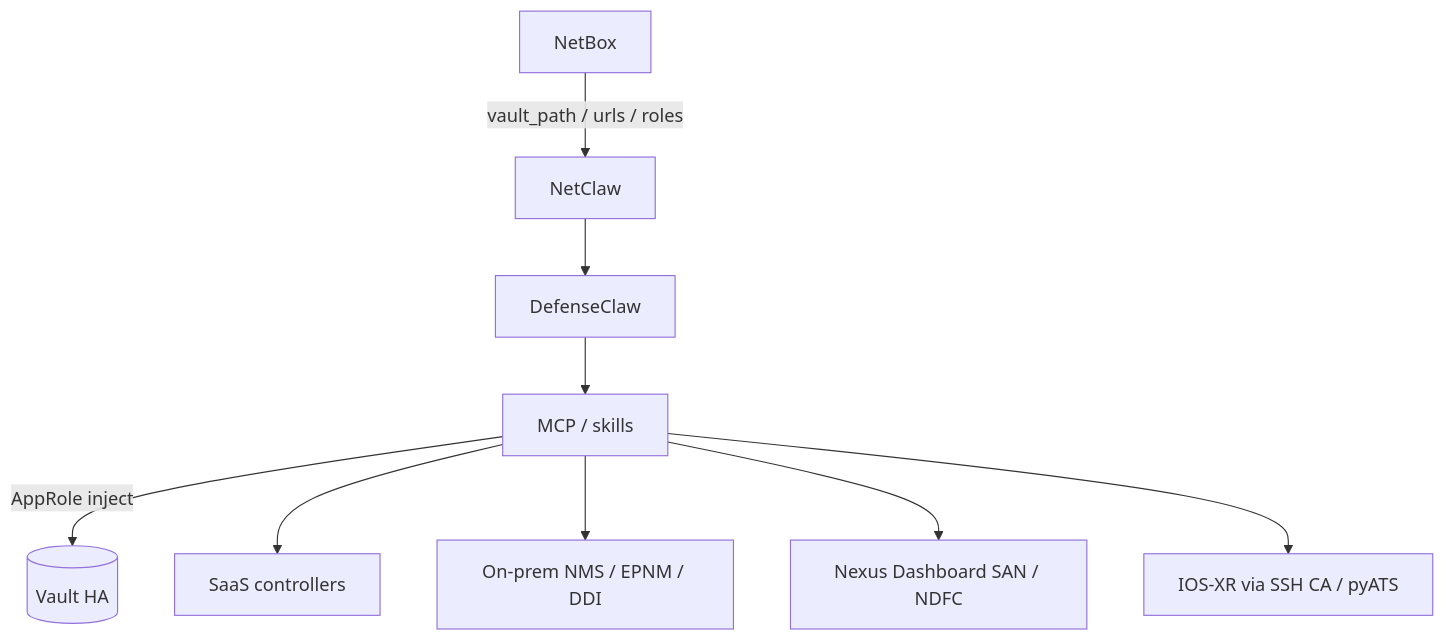
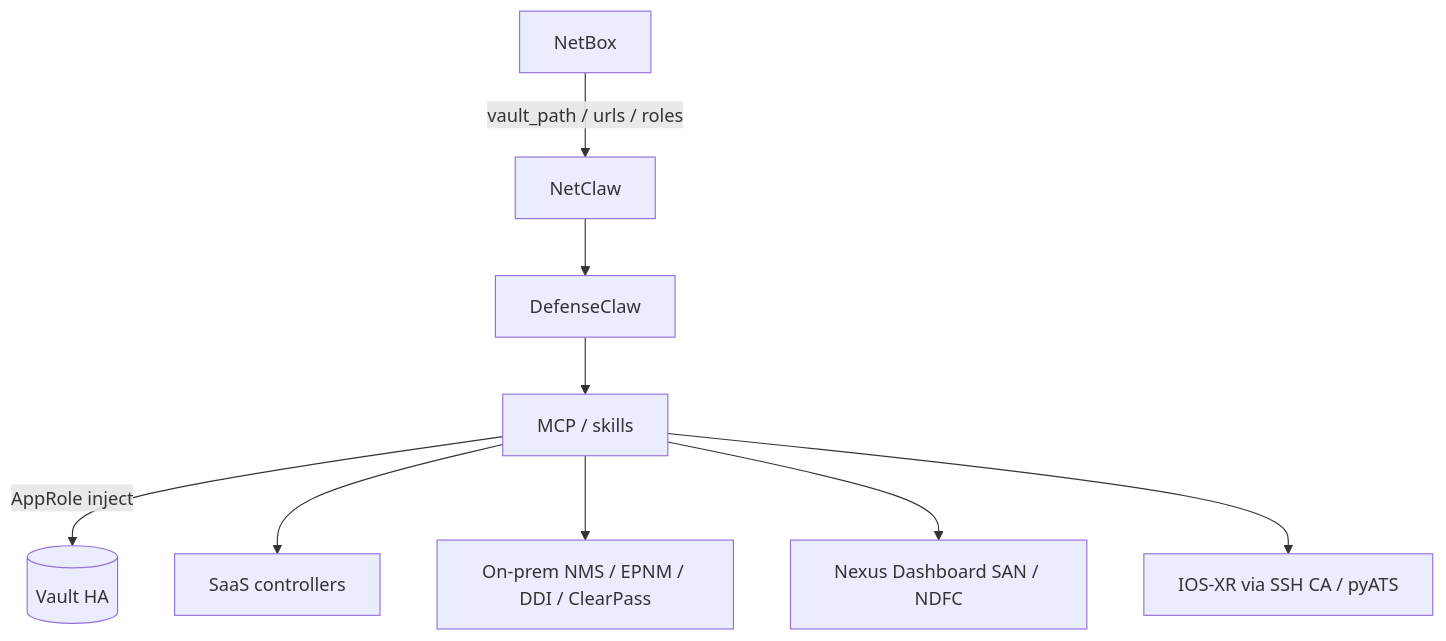
One commit to j-munroe/NetClaw-Production-Install-Guide changed the first of 2 diagrams in docs/PRODUCTION_ENVIRONMENTS.md. Above: the diagram before and after it, drawn with Mermaid. The commit also changed other lines of this file and 9 other files, not shown here.

First line of the commit message:
Add Aruba ClearPass Policy Manager as a NetClaw platform integration

````diff
--- a/docs/PRODUCTION_ENVIRONMENTS.md
+++ b/docs/PRODUCTION_ENVIRONMENTS.md
@@ -19,15 +19,15 @@
 ```mermaid
 flowchart TB
   NC[NetClaw]
   DC[DefenseClaw]
   V[(Vault HA)]
   NB[NetBox]
   NC --> DC
   DC --> MCP[MCP / skills]
   MCP -->|AppRole inject| V
   NB -->|vault_path / urls / roles| NC
   MCP --> SaaS[SaaS controllers]
-  MCP --> OnPrem[On-prem NMS / EPNM / DDI]
+  MCP --> OnPrem[On-prem NMS / EPNM / DDI / ClearPass]
   MCP --> SAN[Nexus Dashboard SAN / NDFC]
   MCP --> XR[IOS-XR via SSH CA / pyATS]
 ```
````
